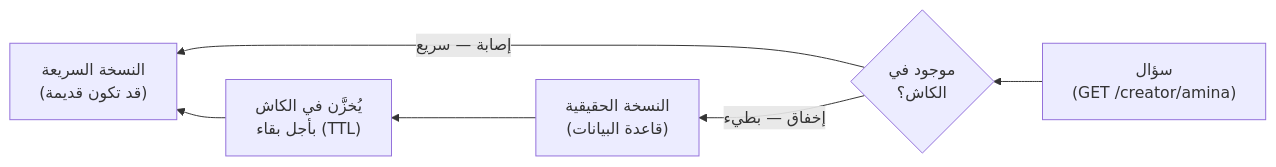
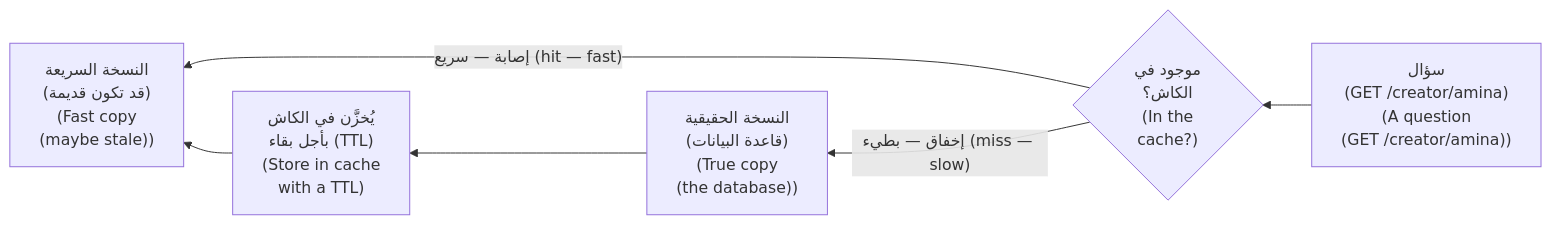
The first of 5 diagrams in modules/03-caching/module.ar.md (Tamoura/system-design-for-vibe-coders), drawn with Mermaid before and after one commit. The commit also changed other lines of this file and 62 other files, not shown here.

First line of the commit message:
Arabic editions: English on every diagram label, RTL fixes, rebuild

````diff
--- a/modules/03-caching/module.ar.md
+++ b/modules/03-caching/module.ar.md
@@ -56,7 +56,7 @@
 ```mermaid
 flowchart RL
-    Q["سؤال<br/>(GET /creator/amina)"] --> C{"موجود في<br/>الكاش؟"}
-    C -->|"إصابة — سريع"| F["النسخة السريعة<br/>(قد تكون قديمة)"]
-    C -->|"إخفاق — بطيء"| DB["النسخة الحقيقية<br/>(قاعدة البيانات)"]
-    DB --> S["يُخزَّن في الكاش<br/>بأجل بقاء (TTL)"] --> F
+    Q["سؤال<br/>(GET /creator/amina)<br/>(A question<br/>(GET /creator/amina))"] --> C{"موجود في<br/>الكاش؟<br/>(In the<br/>cache?)"}
+    C -->|"إصابة — سريع (hit — fast)"| F["النسخة السريعة<br/>(قد تكون قديمة)<br/>(Fast copy<br/>(maybe stale))"]
+    C -->|"إخفاق — بطيء (miss — slow)"| DB["النسخة الحقيقية<br/>(قاعدة البيانات)<br/>(True copy<br/>(the database))"]
+    DB --> S["يُخزَّن في الكاش<br/>بأجل بقاء (TTL)<br/>(Store in cache<br/>with a TTL)"] --> F
 ```
````
